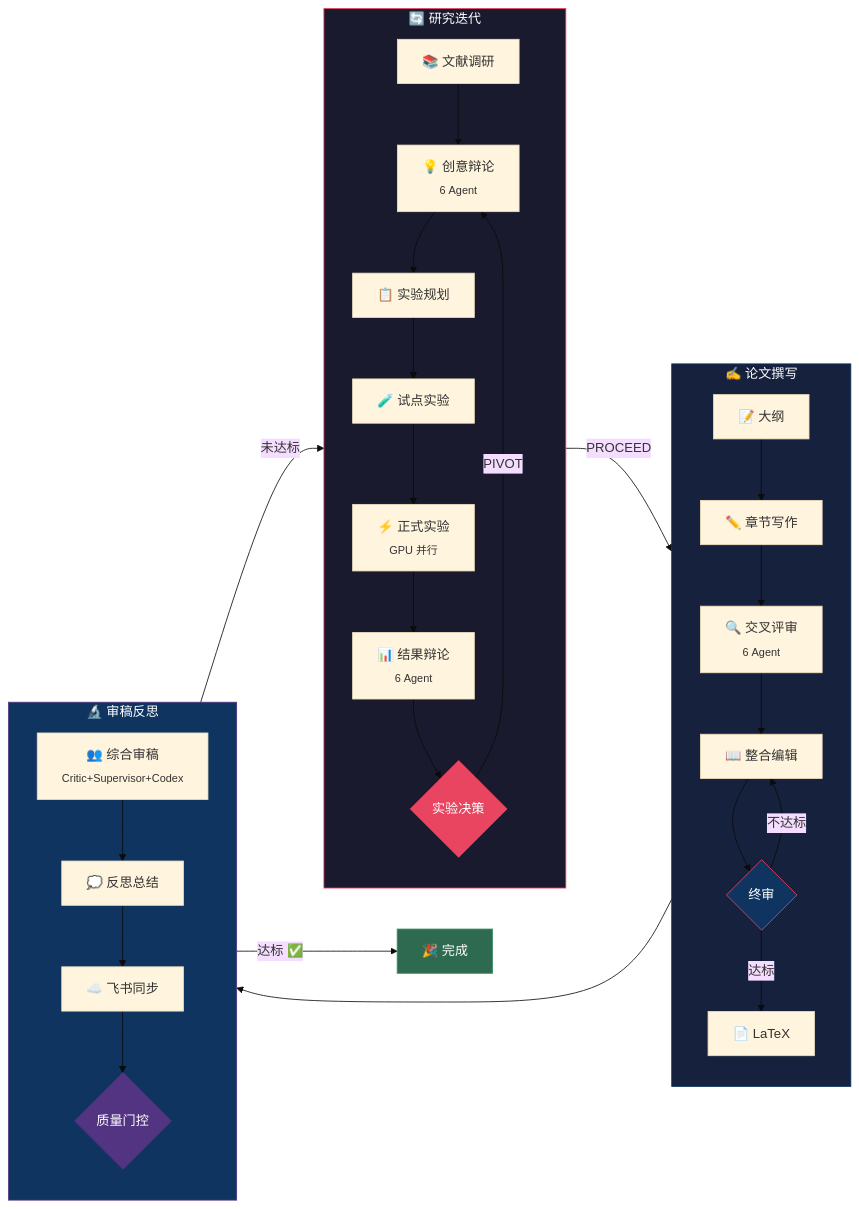
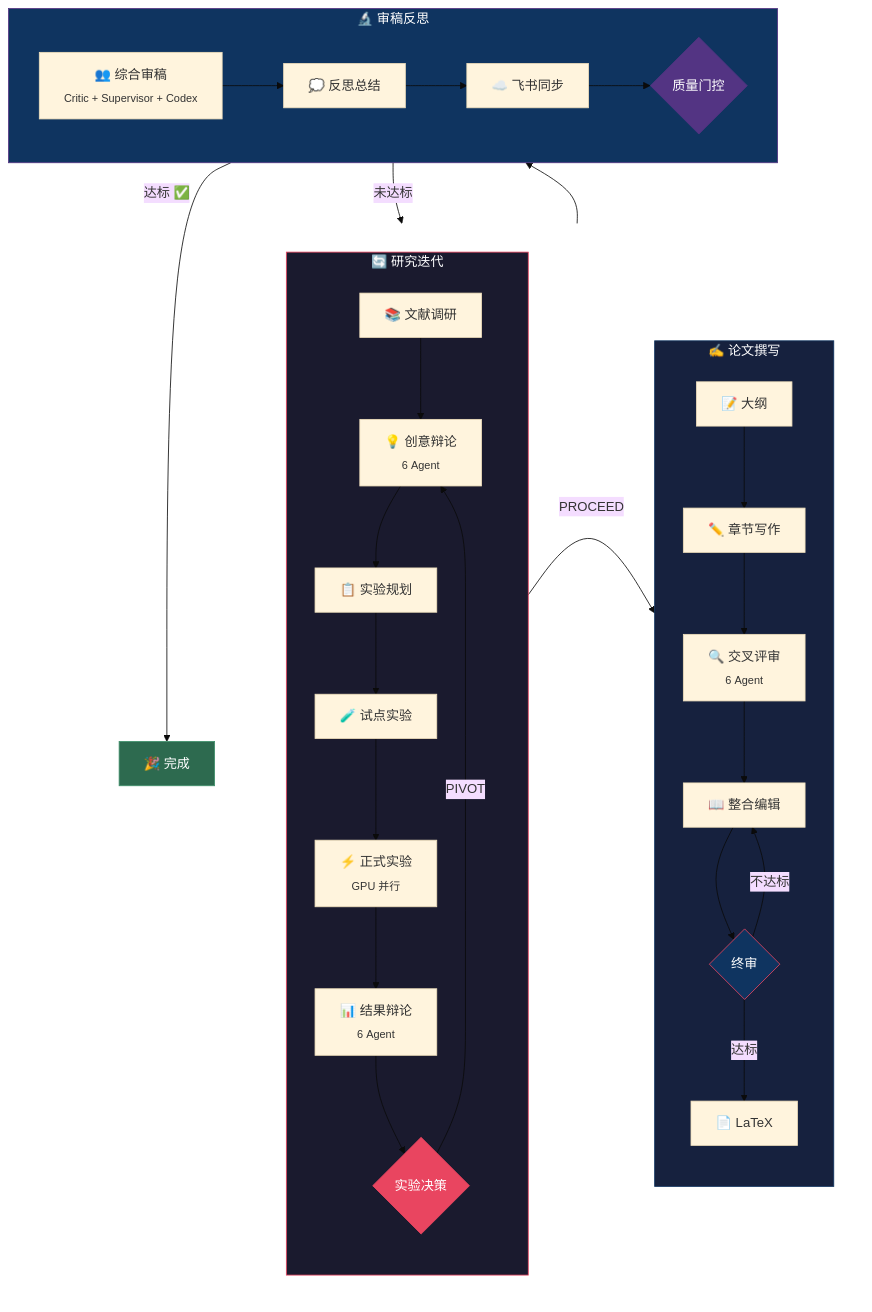
Before and after one commit to Sibyl-Research-Team/sibyl-research-system: the first of 2 diagrams in README.md, drawn with Mermaid (base theme).

Commit message:
docs: restructure workflow diagram into 2-row layout
Row 1: iteration + writing side by side (invisible wrapper subgraph)
Row 2: review as horizontal strip below

````diff
--- a/README.md
+++ b/README.md
@@ -20,44 +20,47 @@
 ```mermaid
-graph LR
-    subgraph iteration["🔄 研究迭代"]
-        direction TB
-        lit["📚 文献调研"] --> idea["💡 创意辩论<br/><sub>6 Agent</sub>"]
-        idea --> plan["📋 实验规划"]
-        plan --> pilot["🧪 试点实验"]
-        pilot --> exp["⚡ 正式实验<br/><sub>GPU 并行</sub>"]
-        exp --> result["📊 结果辩论<br/><sub>6 Agent</sub>"]
-        result --> decision{"实验决策"}
-        decision -- "PIVOT" --> idea
-    end
+graph TD
+    subgraph row1[" "]
+        direction LR
+        subgraph iteration["🔄 研究迭代"]
+            direction TB
+            lit["📚 文献调研"] --> idea["💡 创意辩论<br/><sub>6 Agent</sub>"]
+            idea --> plan["📋 实验规划"]
+            plan --> pilot["🧪 试点实验"]
+            pilot --> exp["⚡ 正式实验<br/><sub>GPU 并行</sub>"]
+            exp --> result["📊 结果辩论<br/><sub>6 Agent</sub>"]
+            result --> decision{"实验决策"}
+            decision -- "PIVOT" --> idea
+        end
 
-    subgraph writing["✍️ 论文撰写"]
-        direction TB
-        outline["📝 大纲"] --> sections["✏️ 章节写作"]
-        sections --> critique["🔍 交叉评审<br/><sub>6 Agent</sub>"]
-        critique --> integrate["📖 整合编辑"]
-        integrate --> final{"终审"}
-        final -- "不达标" --> integrate
-        final -- "达标" --> latex["📄 LaTeX"]
+        subgraph writing["✍️ 论文撰写"]
+            direction TB
+            outline["📝 大纲"] --> sections["✏️ 章节写作"]
+            sections --> critique["🔍 交叉评审<br/><sub>6 Agent</sub>"]
+            critique --> integrate["📖 整合编辑"]
+            integrate --> final{"终审"}
+            final -- "不达标" --> integrate
+            final -- "达标" --> latex["📄 LaTeX"]
+        end
+
+        iteration ~~~ writing
     end
 
     subgraph review["🔬 审稿反思"]
-        direction TB
-        rev["👥 综合审稿<br/><sub>Critic+Supervisor+Codex</sub>"]
-        rev --> reflect["💭 反思总结"]
-        reflect --> lark["☁️ 飞书同步"]
-        lark --> gate{"质量门控"}
+        direction LR
+        rev["👥 综合审稿<br/><sub>Critic + Supervisor + Codex</sub>"] --> reflect["💭 反思总结"] --> lark["☁️ 飞书同步"] --> gate{"质量门控"}
     end
 
     decision -- "PROCEED" --> outline
     latex --> rev
     gate -- "达标 ✅" --> done["🎉 完成"]
     gate -- "未达标" --> lit
 
+    style row1 fill:none,stroke:none
     style iteration fill:#1a1a2e,stroke:#e94560,color:#fff
     style writing fill:#16213e,stroke:#0f3460,color:#fff
     style review fill:#0f3460,stroke:#533483,color:#fff
     style done fill:#2d6a4f,stroke:#40916c,color:#fff
     style decision fill:#e94560,stroke:#e94560,color:#fff
     style final fill:#0f3460,stroke:#e94560,color:#fff
     style gate fill:#533483,stroke:#533483,color:#fff
 ```
````
